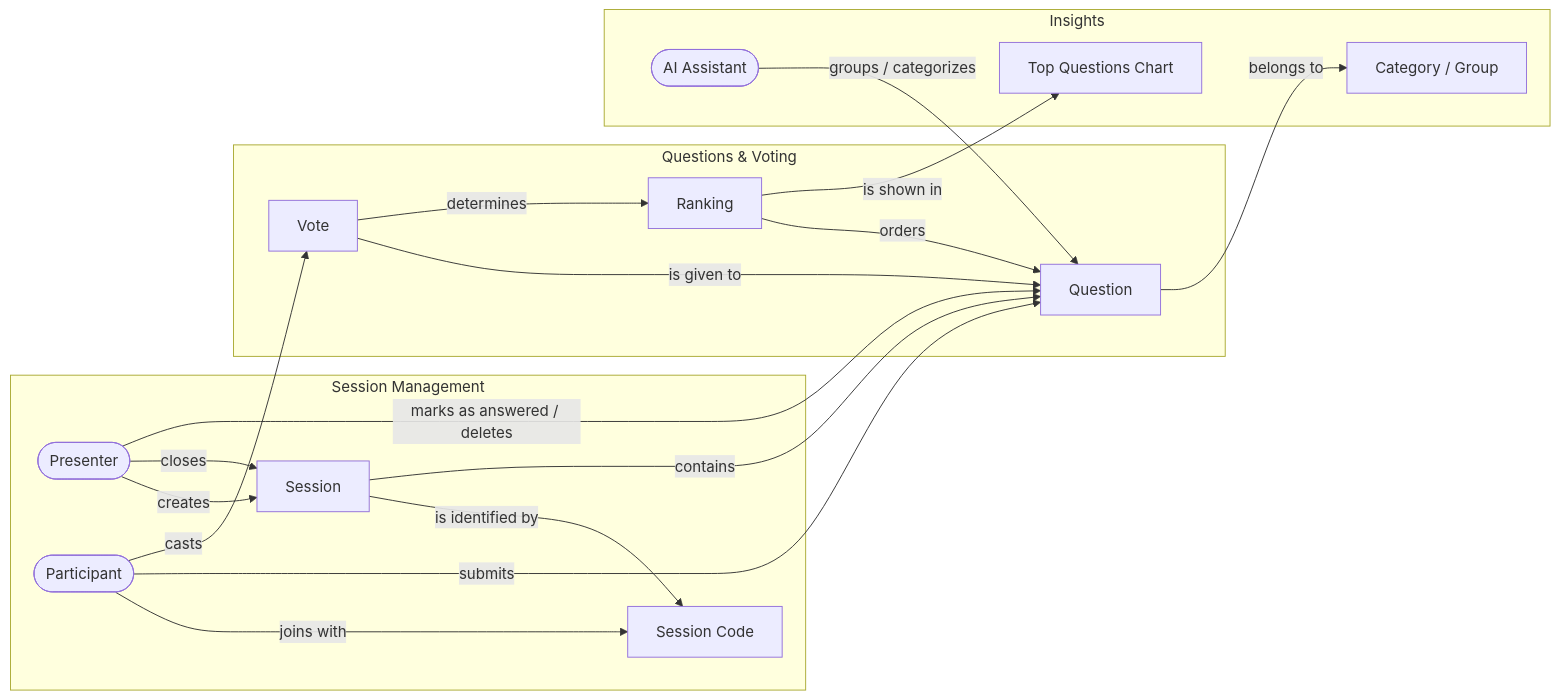
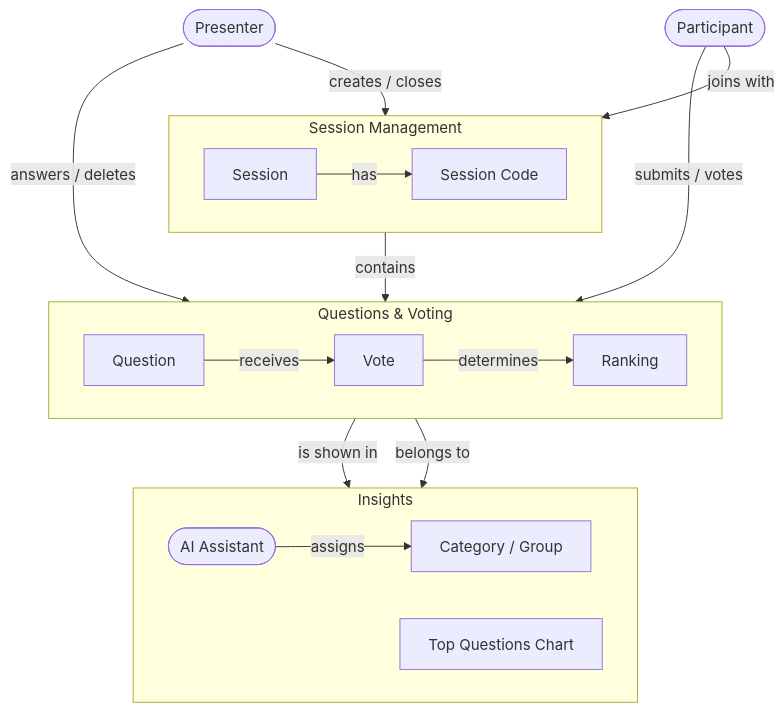
The diagram in docs/concept-map.md (Badr-Zahrane/qa-voting), drawn with Mermaid before and after one commit.

Commit message:
Simplify concept map layout

````diff
--- a/docs/concept-map.md
+++ b/docs/concept-map.md
@@ -5,36 +5,30 @@
 ```mermaid
-flowchart LR
+flowchart TB
+    Presenter([Presenter])
+    Participant([Participant])
+
     subgraph SM["Session Management"]
-        Presenter([Presenter])
-        Participant([Participant])
-        Session[Session]
-        Code[Session Code]
+        direction LR
+        Session[Session] -- has --> Code[Session Code]
     end
 
     subgraph QA["Questions & Voting"]
-        Question[Question]
-        Vote[Vote]
-        Ranking[Ranking]
+        direction LR
+        Question[Question] -- receives --> Vote[Vote]
+        Vote -- determines --> Ranking[Ranking]
     end
 
     subgraph IN["Insights"]
+        direction LR
+        AI([AI Assistant]) -- assigns --> Category[Category / Group]
         Chart[Top Questions Chart]
-        Category[Category / Group]
-        AI([AI Assistant])
     end
 
-    Presenter -- creates --> Session
-    Session -- is identified by --> Code
+    Presenter -- creates / closes --> Session
     Participant -- joins with --> Code
-    Presenter -- closes --> Session
     Session -- contains --> Question
-    Participant -- submits --> Question
-    Participant -- casts --> Vote
-    Vote -- is given to --> Question
-    Vote -- determines --> Ranking
-    Ranking -- orders --> Question
-    Presenter -- marks as answered / deletes --> Question
+    Participant -- submits / votes --> Question
+    Presenter -- answers / deletes --> Question
     Ranking -- is shown in --> Chart
-    AI -- groups / categorizes --> Question
     Question -- belongs to --> Category
 ```
````
